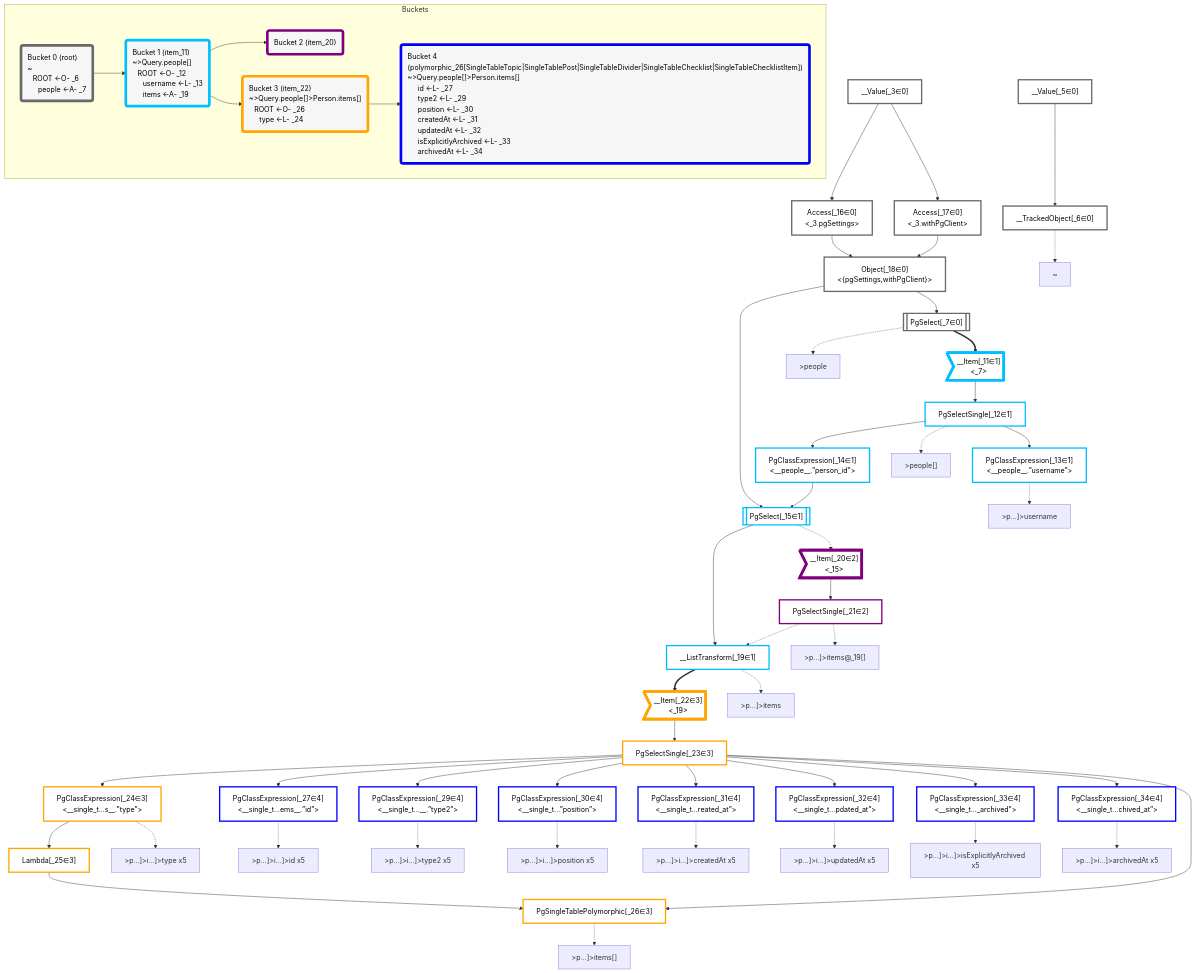
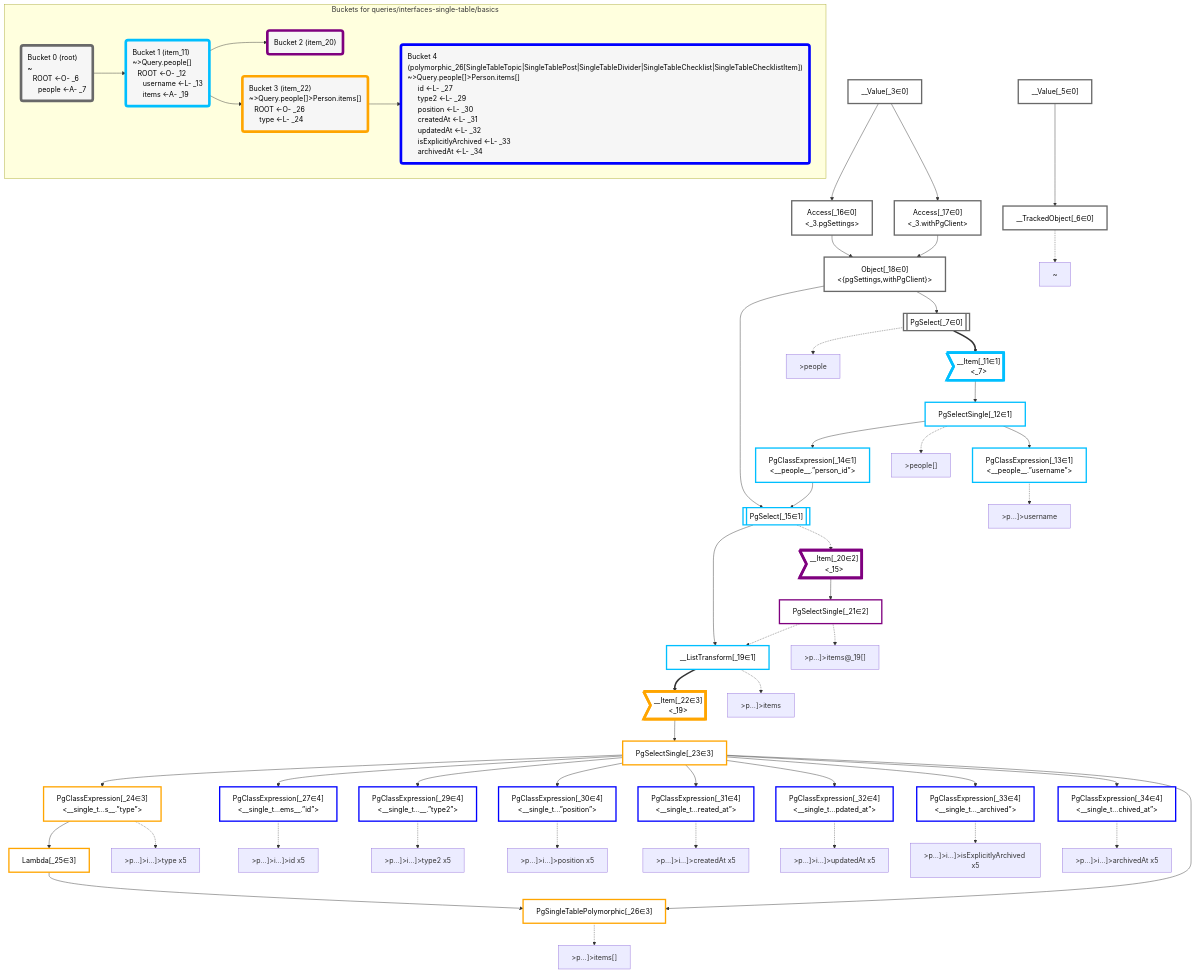
One commit to graphile/crystal changed the diagram in packages/dataplan-pg/__tests__/queries/interfaces-single-table/basics.deopt.mermaid.md. Above: the diagram before and after it, drawn with Mermaid. The commit also changed 195 other files, not shown here.

```diff
--- a/packages/dataplan-pg/__tests__/queries/interfaces-single-table/basics.deopt.mermaid.md
+++ b/packages/dataplan-pg/__tests__/queries/interfaces-single-table/basics.deopt.mermaid.md
@@ -111,7 +111,7 @@
     classDef bucket4 stroke:#0000ff
     class PgClassExpression_27,PgClassExpression_29,PgClassExpression_30,PgClassExpression_31,PgClassExpression_32,PgClassExpression_33,PgClassExpression_34 bucket4
 
-    subgraph Buckets
+    subgraph "Buckets for queries/interfaces-single-table/basics"
     Bucket0("Bucket 0 (root)<br />~<br />⠀ROOT <-O- _6<br />⠀⠀people <-A- _7"):::bucket
     style Bucket0 stroke:#696969
     Bucket1("Bucket 1 (item_11)<br />~>Query.people[]<br />⠀ROOT <-O- _12<br />⠀⠀username <-L- _13<br />⠀⠀items <-A- _19"):::bucket
```
